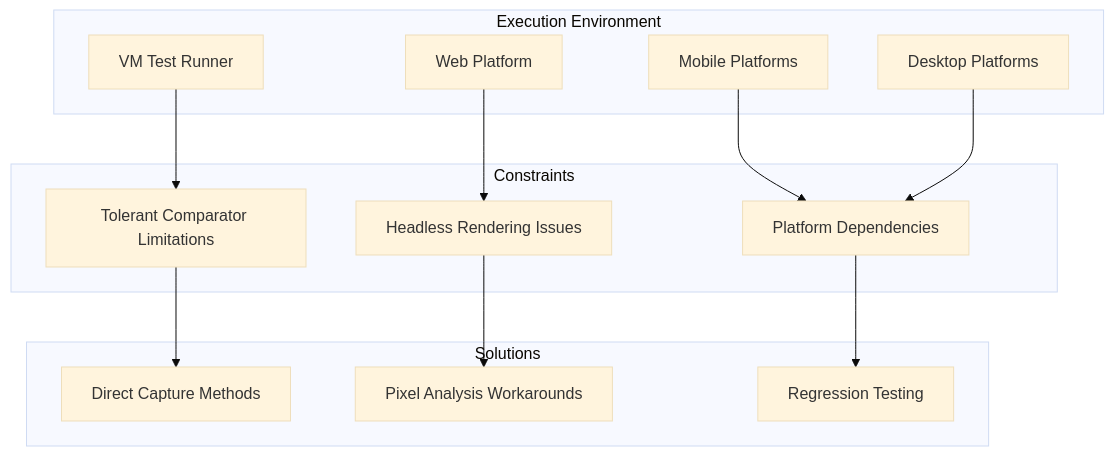
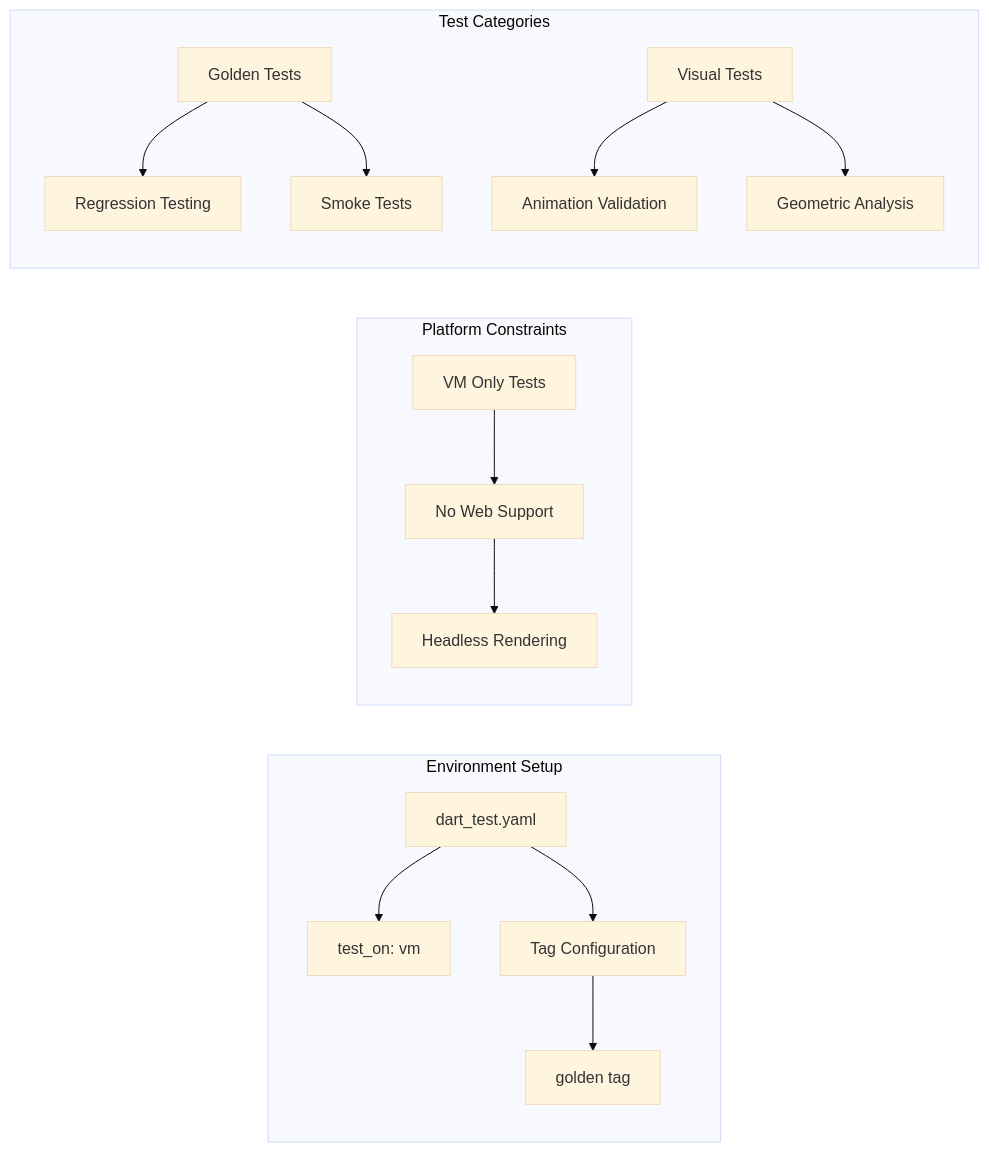
One commit to denisnadey/flutter_full_svg_support changed the eighth of 8 diagrams in .qoder/repowiki/en/content/Testing and Quality Assurance/Testing Infrastructure Documentation.md. Above: the diagram before and after it, drawn with Mermaid (base theme). The commit also changed other lines of this file and 33 other files, not shown here.

````diff
--- a/.qoder/repowiki/en/content/Testing and Quality Assurance/Testing Infrastructure Documentation.md
+++ b/.qoder/repowiki/en/content/Testing and Quality Assurance/Testing Infrastructure Documentation.md
@@ -586,26 +312,18 @@
 ```mermaid
-graph TB
-subgraph "Execution Environment"
-VM[VM Test Runner]
-Web[Web Platform]
-Mobile[Mobile Platforms]
-Desktop[Desktop Platforms]
+graph LR
+subgraph "Environment Setup"
+A[dart_test.yaml] --> B[test_on: vm]
+A --> C[Tag Configuration]
+C --> D[golden tag]
 end
-subgraph "Constraints"
-TC[Tolerant Comparator Limitations]
-HC[Headless Rendering Issues]
-PR[Platform Dependencies]
+subgraph "Platform Constraints"
+E[VM Only Tests] --> F[No Web Support]
+F --> G[Headless Rendering]
 end
-subgraph "Solutions"
-DC[Direct Capture Methods]
-PC[Pixel Analysis Workarounds]
-RC[Regression Testing]
+subgraph "Test Categories"
+H[Golden Tests] --> I[Regression Testing]
+H --> J[Smoke Tests]
+K[Visual Tests] --> L[Animation Validation]
+K --> M[Geometric Analysis]
 end
-VM --> TC
-Web --> HC
-Mobile --> PR
-Desktop --> PR
-TC --> DC
-HC --> PC
-PR --> RC
 ```
````
